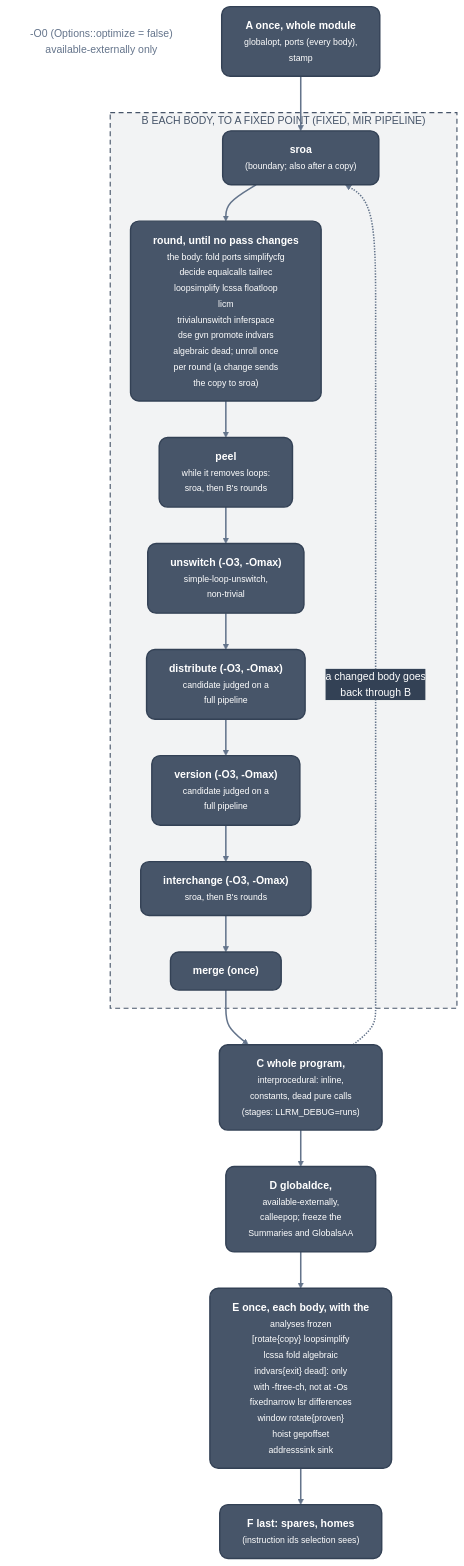
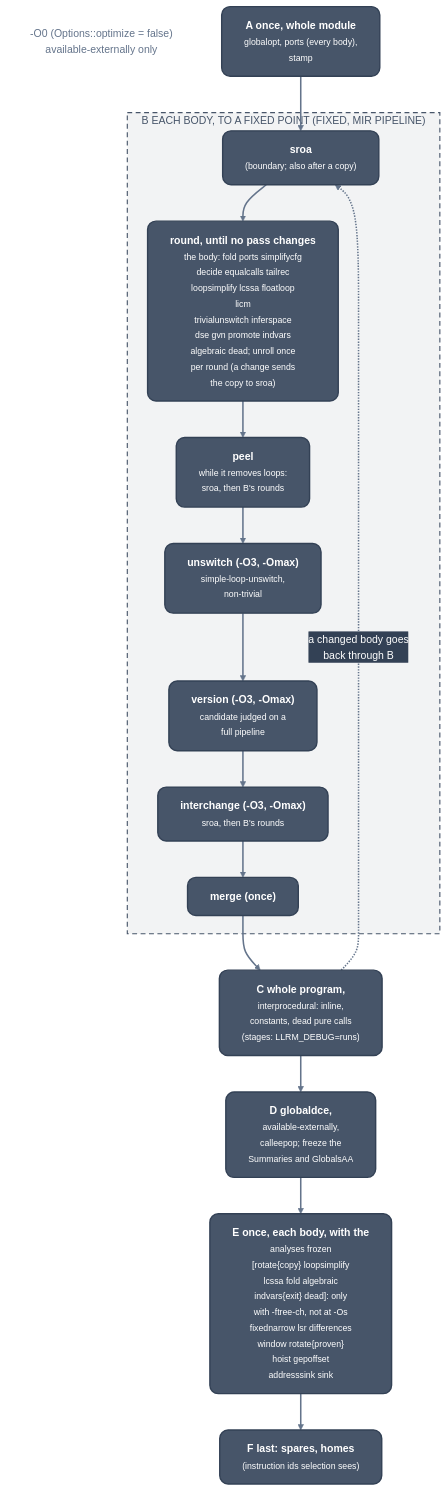
Before and after one commit to ali-mosavian/llrm: the diagram in docs/optimizations/passes/pipeline.md, drawn with Mermaid. The commit also changed other lines of this file and 20 other files, not shown here.

````diff
--- a/docs/optimizations/passes/pipeline.md
+++ b/docs/optimizations/passes/pipeline.md
@@ -22,37 +22,35 @@
 ```mermaid
 %%{init: {'theme':'base','themeVariables':{'fontFamily':'Segoe UI, Helvetica Neue, Arial, DejaVu Sans, sans-serif','fontSize':'15px','primaryColor':'#475569','primaryTextColor':'#ffffff','primaryBorderColor':'#334155','lineColor':'#64748b','secondaryColor':'#475569','tertiaryColor':'transparent','clusterBkg':'transparent','clusterBorder':'#64748b','edgeLabelBackground':'#334155','textColor':'#64748b','titleColor':'#64748b'},'flowchart':{'curve':'basis','nodeSpacing':38,'rankSpacing':52,'padding':16,'wrappingWidth':360,'htmlLabels':true,'useMaxWidth':true}}}%%
 flowchart TB
   classDef mid fill:#475569,stroke:#334155,stroke-width:2px,color:#ffffff,rx:12px,ry:12px
   classDef note fill:transparent,stroke:transparent,color:#64748b
   linkStyle default stroke:#64748b,stroke-width:2.2px
   o0["-O0 (Options::optimize = false)<br/>available-externally only"]:::note
   a["<b>A  once, whole module</b><br/><small>globalopt, ports (every body),<br/>stamp</small>"]:::mid
   subgraph g_b["B  EACH BODY, TO A FIXED POINT (FIXED, MIR PIPELINE)"]
     sroa["<b>sroa</b><br/><small>(boundary#59; also after a copy)</small>"]:::mid
     rnd["<b>round, until no pass changes</b><br/><small>the body: fold ports simplifycfg<br/>decide equalcalls tailrec<br/>loopsimplify lcssa floatloop<br/>licm<br/>trivialunswitch inferspace<br/>dse gvn promote indvars<br/>algebraic dead#59; unroll once<br/>per round (a change sends<br/>the copy to sroa)</small>"]:::mid
     peel["<b>peel</b><br/><small>while it removes loops:<br/>sroa, then B's rounds</small>"]:::mid
     unsw["<b>unswitch (-O3, -Omax)</b><br/><small>simple-loop-unswitch,<br/>non-trivial</small>"]:::mid
-    dist["<b>distribute (-O3, -Omax)</b><br/><small>candidate judged on a<br/>full pipeline</small>"]:::mid
     ver["<b>version (-O3, -Omax)</b><br/><small>candidate judged on a<br/>full pipeline</small>"]:::mid
     swap["<b>interchange (-O3, -Omax)</b><br/><small>sroa, then B's rounds</small>"]:::mid
     mrg["<b>merge (once)</b>"]:::mid
   end
   c["<b>C  whole program,</b><br/><small>interprocedural: inline,<br/>constants, dead pure calls<br/>(stages: LLRM_DEBUG=runs)</small>"]:::mid
   d["<b>D  globaldce,</b><br/><small>available-externally,<br/>calleepop#59; freeze the<br/>Summaries and GlobalsAA</small>"]:::mid
   e["<b>E  once, each body, with the</b><br/><small>analyses frozen<br/>[rotate#123;copy#125; loopsimplify<br/>lcssa fold algebraic<br/>indvars#123;exit#125; dead]: only<br/>with -ftree-ch, not at -Os<br/>fixednarrow lsr differences<br/>window rotate#123;proven#125;<br/>hoist gepoffset<br/>addresssink sink</small>"]:::mid
   f["<b>F  last: spares, homes</b><br/><small>(instruction ids selection sees)</small>"]:::mid
   a --> sroa
   sroa --> rnd
   rnd --> peel
   peel --> unsw
-  unsw --> dist
-  dist --> ver
+  unsw --> ver
   ver --> swap
   swap --> mrg
   mrg --> c
   c -.->|"a changed body goes<br/>back through B"| sroa
   c --> d
   d --> e
   e --> f
   style g_b fill:#47556912,stroke:#475569,stroke-width:1.6px,stroke-dasharray:7 5,color:#475569
 ```
````
